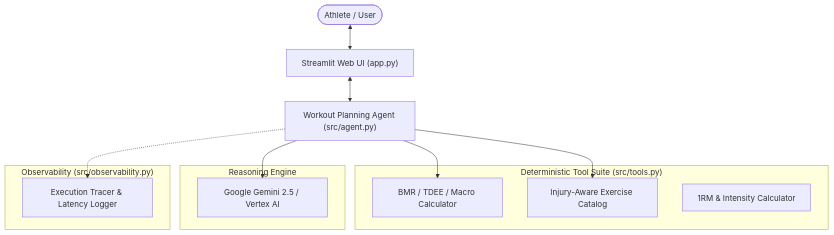
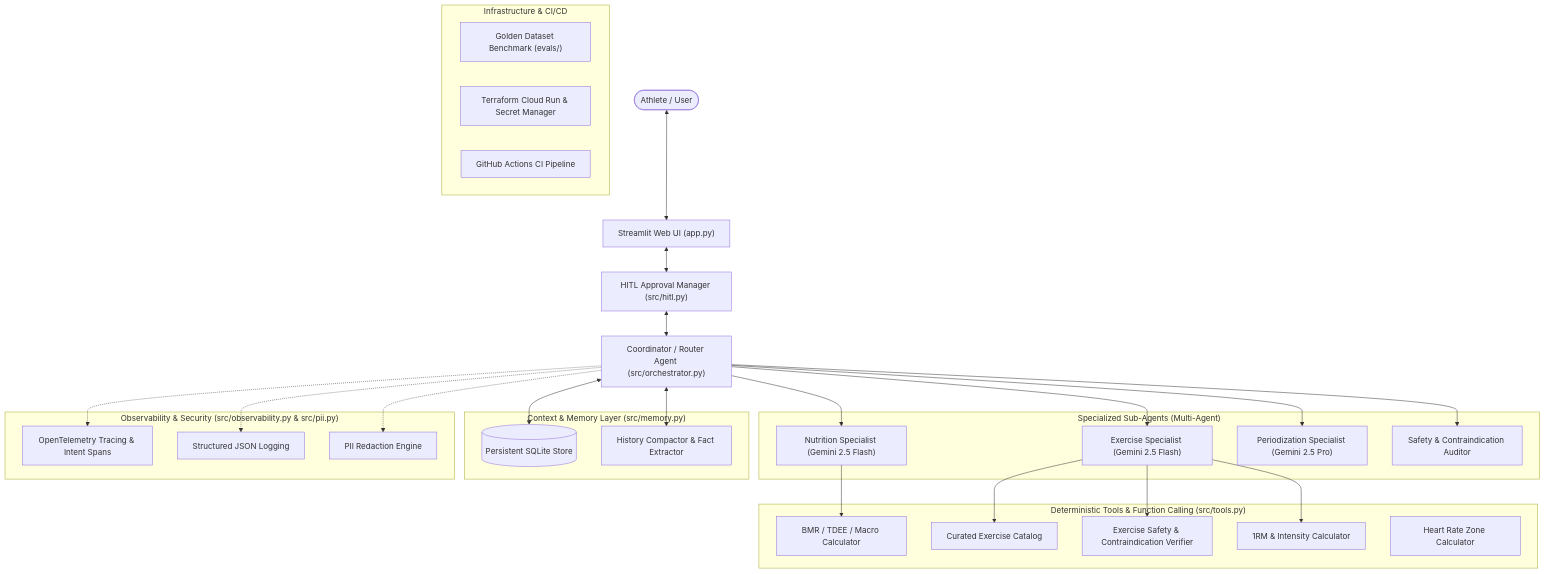
The diagram in README.md (frenzel-ai-dev/fitforge-workout-agent), drawn with Mermaid before and after one commit. The commit also changed other lines of this file and 32 other files, not shown here.

Commit message:
feat: upgrade to multi-agent architecture with dynamic routing, persistent memory, OTEL tracing, HITL, and golden dataset evals

````diff
--- a/README.md
+++ b/README.md
@@ -18,24 +11,54 @@
 ```mermaid
 graph TD
     User(["Athlete / User"]) <--> StreamlitUI["Streamlit Web UI (app.py)"]
-    StreamlitUI <--> Agent["Workout Planning Agent (src/agent.py)"]
-    
-    subgraph "Deterministic Tool Suite (src/tools.py)"
-        FitnessCalc["BMR / TDEE / Macro Calculator"]
-        ExerciseDB["Injury-Aware Exercise Catalog"]
-        OneRM["1RM & Intensity Calculator"]
+    StreamlitUI <--> HITL["HITL Approval Manager (src/hitl.py)"]
+    HITL <--> Coordinator["Coordinator / Router Agent (src/orchestrator.py)"]
+
+    subgraph "Specialized Sub-Agents (Multi-Agent)"
+        NutritionAgent["Nutrition Specialist (Gemini 2.5 Flash)"]
+        ExerciseAgent["Exercise Specialist (Gemini 2.5 Flash)"]
+        PeriodizationAgent["Periodization Specialist (Gemini 2.5 Pro)"]
+        GuardrailAgent["Safety & Contraindication Auditor"]
     end
 
-    subgraph "Reasoning Engine"
-        Gemini["Google Gemini 2.5 / Vertex AI"]
+    subgraph "Deterministic Tools & Function Calling (src/tools.py)"
+        BMRTool["BMR / TDEE / Macro Calculator"]
+        ExerciseTool["Curated Exercise Catalog"]
+        SafetyTool["Exercise Safety & Contraindication Verifier"]
+        OneRMTool["1RM & Intensity Calculator"]
+        HRZonesTool["Heart Rate Zone Calculator"]
     end
 
-    subgraph "Observability (src/observability.py)"
-        Tracer["Execution Tracer & Latency Logger"]
+    subgraph "Context & Memory Layer (src/memory.py)"
+        SQLiteDB[("Persistent SQLite Store")]
+        Compactor["History Compactor & Fact Extractor"]
     end
 
-    Agent --> FitnessCalc
-    Agent --> ExerciseDB
-    Agent --> Gemini
-    Agent -.-> Tracer
+    subgraph "Observability & Security (src/observability.py & src/pii.py)"
+        OTEL["OpenTelemetry Tracing & Intent Spans"]
+        JSONLogger["Structured JSON Logging"]
+        PIIRedactor["PII Redaction Engine"]
+    end
+
+    subgraph "Infrastructure & CI/CD"
+        GoldenEvals["Golden Dataset Benchmark (evals/)"]
+        TerraformIaC["Terraform Cloud Run & Secret Manager"]
+        GitHubCI["GitHub Actions CI Pipeline"]
+    end
+
+    Coordinator --> NutritionAgent
+    Coordinator --> ExerciseAgent
+    Coordinator --> PeriodizationAgent
+    Coordinator --> GuardrailAgent
+
+    NutritionAgent --> BMRTool
+    ExerciseAgent --> ExerciseTool
+    ExerciseAgent --> SafetyTool
+    ExerciseAgent --> OneRMTool
+
+    Coordinator <--> SQLiteDB
+    Coordinator <--> Compactor
+    Coordinator -.-> OTEL
+    Coordinator -.-> PIIRedactor
+    Coordinator -.-> JSONLogger
 ```
````
